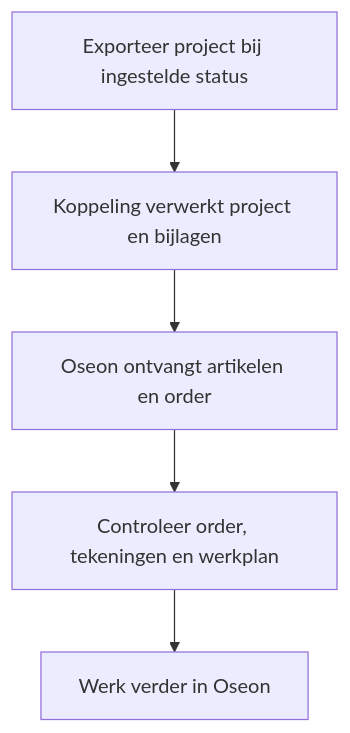
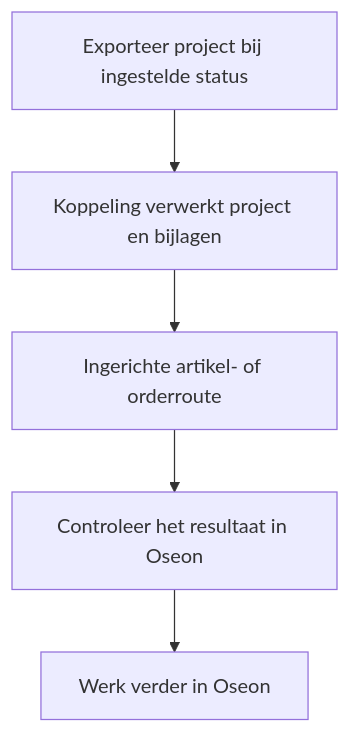
Before and after one commit to SheetMetalConnect/smc-mintlify: the second of 2 diagrams in nl/qf2oseon/workflow.mdx, drawn with Mermaid. The commit also changed other lines of this file, not shown here.

Commit message:
docs: clarify Oseon route checks

````diff
--- a/nl/qf2oseon/workflow.mdx
+++ b/nl/qf2oseon/workflow.mdx
@@ -72,7 +72,7 @@
 ```mermaid
 flowchart TD
  A["Exporteer project bij ingestelde status"] --> B["Koppeling verwerkt project en bijlagen"]
- B --> C["Oseon ontvangt artikelen en order"]
- C --> D["Controleer order, tekeningen en werkplan"]
+ B --> C["Ingerichte artikel- of orderroute"]
+ C --> D["Controleer het resultaat in Oseon"]
  D --> E["Werk verder in Oseon"]
 ```
````
